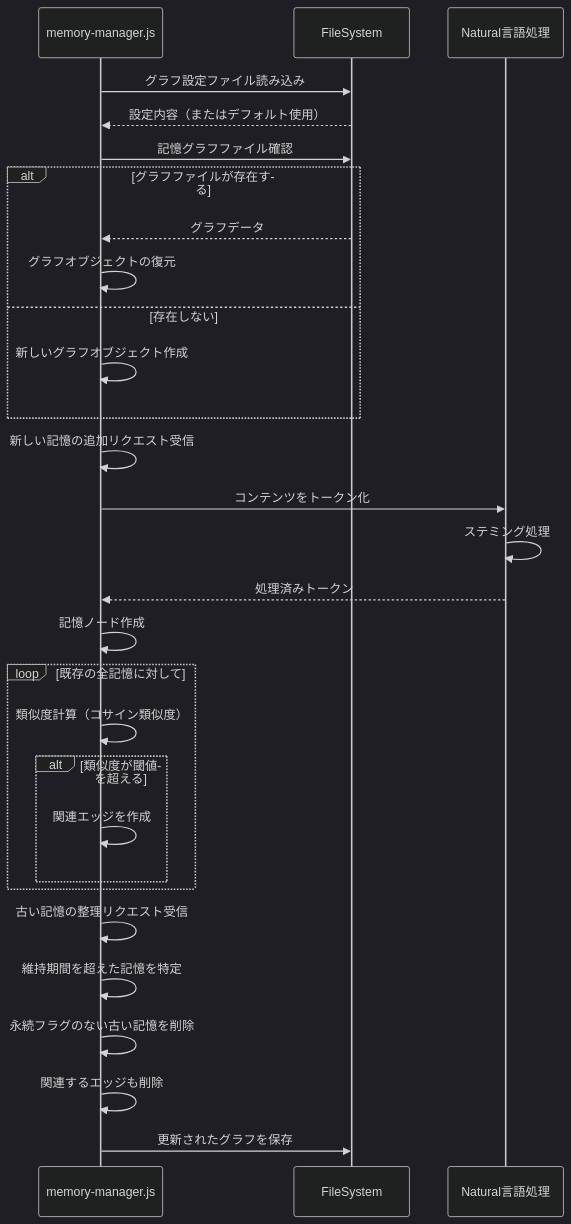
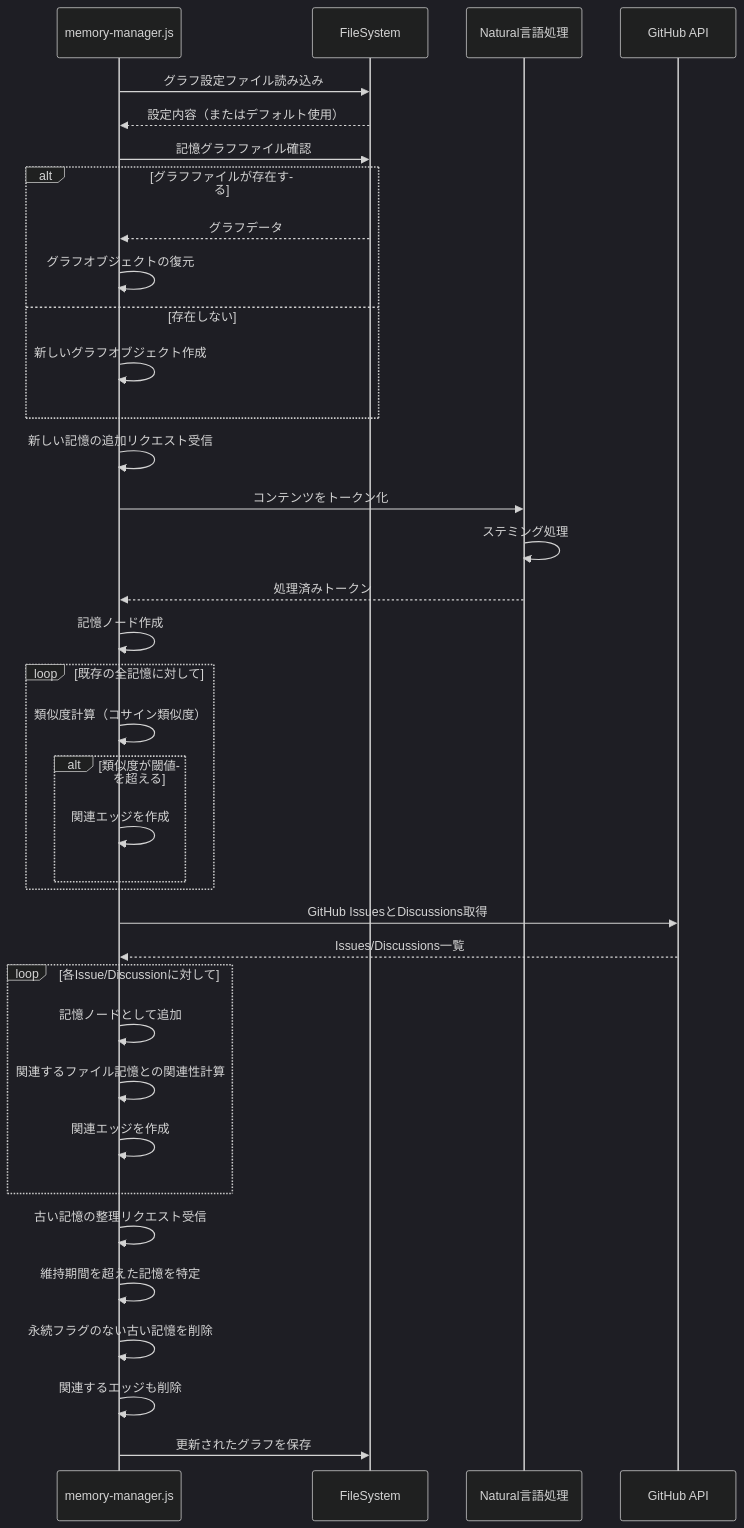
Before and after one commit to nao-amj/archive-of-the-edge: the sixth of 8 diagrams in docs/sequence_diagrams.md, drawn with Mermaid (dark theme). The commit also changed other lines of this file, not shown here.

Commit message:
docs: シーケンス図を現在のワークフローと整合させる

````diff
--- a/docs/sequence_diagrams.md
+++ b/docs/sequence_diagrams.md
@@ -161,38 +189,48 @@
 ```mermaid
 sequenceDiagram
     participant MM as memory-manager.js
     participant FS as FileSystem
     participant NLP as Natural言語処理
+    participant API as GitHub API
     
     MM->>FS: グラフ設定ファイル読み込み
     FS-->>MM: 設定内容（またはデフォルト使用）
     
     MM->>FS: 記憶グラフファイル確認
     alt グラフファイルが存在する
         FS-->>MM: グラフデータ
         MM->>MM: グラフオブジェクトの復元
     else 存在しない
         MM->>MM: 新しいグラフオブジェクト作成
     end
     
     MM->>MM: 新しい記憶の追加リクエスト受信
     MM->>NLP: コンテンツをトークン化
     NLP->>NLP: ステミング処理
     NLP-->>MM: 処理済みトークン
     
     MM->>MM: 記憶ノード作成
     
     loop 既存の全記憶に対して
         MM->>MM: 類似度計算（コサイン類似度）
         alt 類似度が閾値を超える
             MM->>MM: 関連エッジを作成
         end
     end
     
+    MM->>API: GitHub IssuesとDiscussions取得
+    API-->>MM: Issues/Discussions一覧
+    
+    loop 各Issue/Discussionに対して
+        MM->>MM: 記憶ノードとして追加
+        MM->>MM: 関連するファイル記憶との関連性計算
+        MM->>MM: 関連エッジを作成
+    end
+    
     MM->>MM: 古い記憶の整理リクエスト受信
     MM->>MM: 維持期間を超えた記憶を特定
     MM->>MM: 永続フラグのない古い記憶を削除
     MM->>MM: 関連するエッジも削除
     
     MM->>FS: 更新されたグラフを保存
 ```
````
